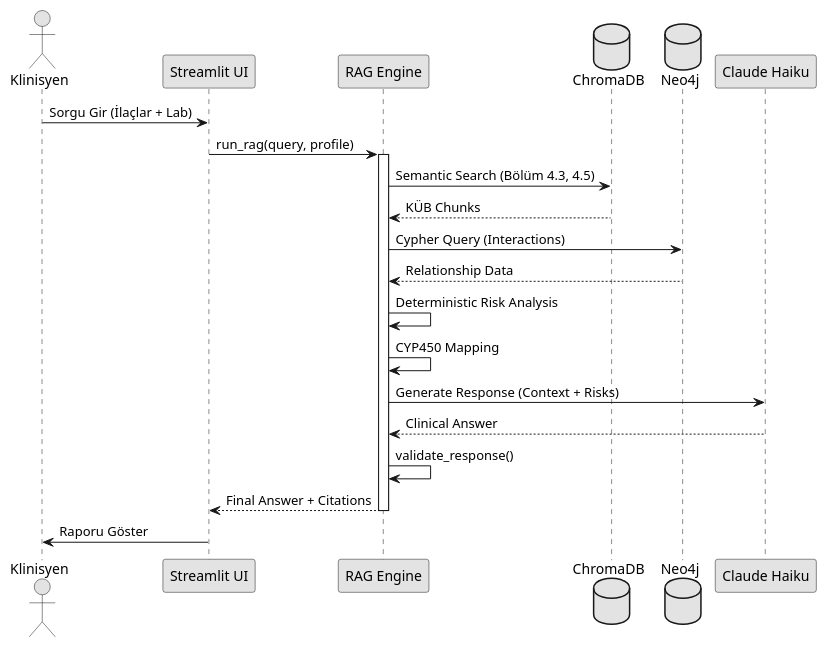
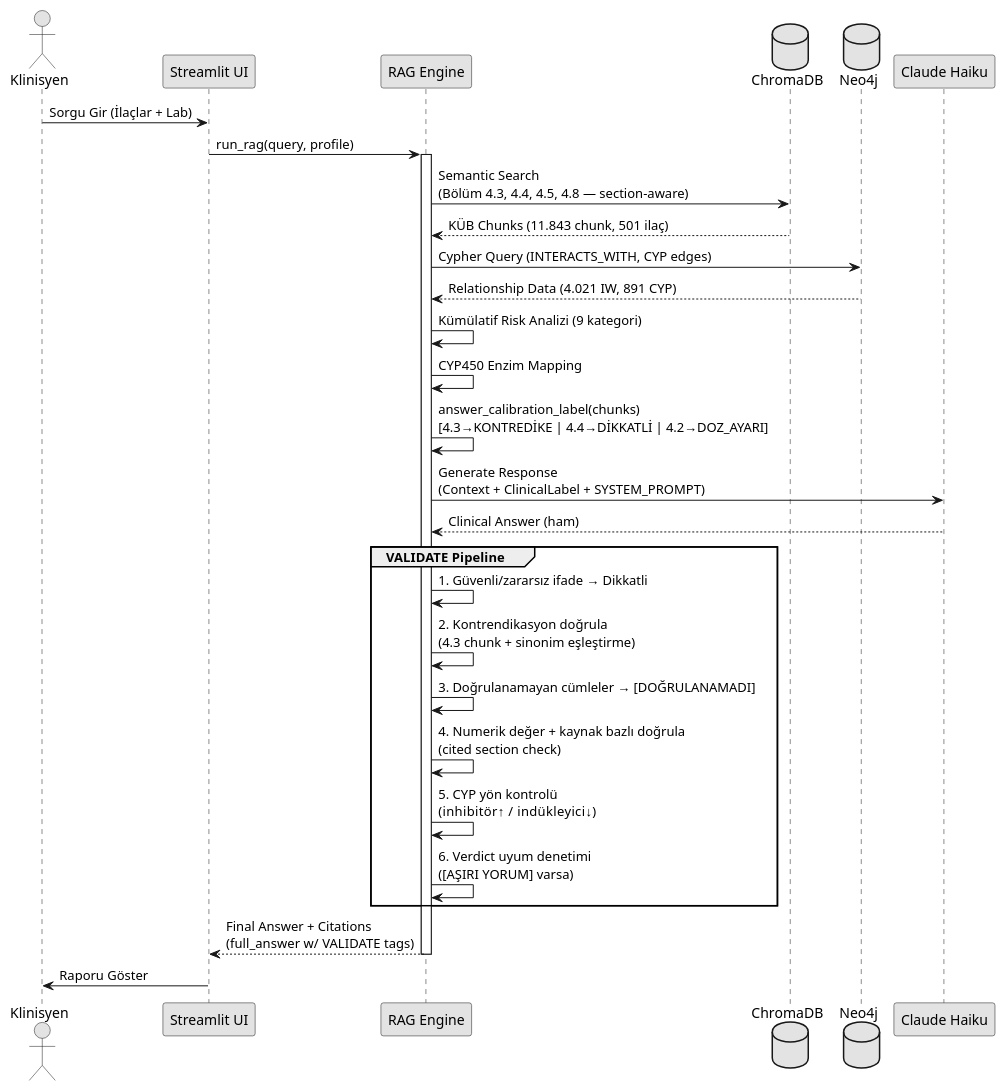
One commit to batinkesc/pharmassist changed the diagram in data/diagrams/sequence/sequence.puml. Above: the diagram before and after it, drawn with PlantUML. The commit also changed 116 other files, not shown here.

```diff
--- a/data/diagrams/sequence/sequence.puml
+++ b/data/diagrams/sequence/sequence.puml
@@ -1,32 +1,47 @@
 @startuml PharmAssist_Sequence
 skinparam monochrome true
 skinparam shadowing false
 actor Klinisyen as User
 participant "Streamlit UI" as UI
 participant "RAG Engine" as Engine
 database "ChromaDB" as Vector
 database "Neo4j" as Graph
 participant "Claude Haiku" as LLM
 
 User -> UI : Sorgu Gir (İlaçlar + Lab)
 UI -> Engine : run_rag(query, profile)
 
 activate Engine
-Engine -> Vector : Semantic Search (Bölüm 4.3, 4.5)
-Vector --> Engine : KÜB Chunks
 
-Engine -> Graph : Cypher Query (Interactions)
-Graph --> Engine : Relationship Data
+' --- Retrieval ---
+Engine -> Vector : Semantic Search\n(Bölüm 4.3, 4.4, 4.5, 4.8 — section-aware)
+Vector --> Engine : KÜB Chunks (11.843 chunk, 501 ilaç)
 
-Engine -> Engine : Deterministic Risk Analysis
-Engine -> Engine : CYP450 Mapping
+Engine -> Graph : Cypher Query (INTERACTS_WITH, CYP edges)
+Graph --> Engine : Relationship Data (4.021 IW, 891 CYP)
 
-Engine -> LLM : Generate Response (Context + Risks)
-LLM --> Engine : Clinical Answer
+Engine -> Engine : Kümülatif Risk Analizi (9 kategori)
+Engine -> Engine : CYP450 Enzim Mapping
 
-Engine -> Engine : validate_response()
-Engine --> UI : Final Answer + Citations
+' --- Pre-LLM: Answer Calibration ---
+Engine -> Engine : answer_calibration_label(chunks)\n[4.3→KONTREDİKE | 4.4→DİKKATLİ | 4.2→DOZ_AYARI]
+
+' --- LLM Call ---
+Engine -> LLM : Generate Response\n(Context + ClinicalLabel + SYSTEM_PROMPT)
+LLM --> Engine : Clinical Answer (ham)
+
+' --- Post-LLM: VALIDATE Pipeline (6 adım) ---
+group VALIDATE Pipeline
+  Engine -> Engine : 1. Güvenli/zararsız ifade → Dikkatli
+  Engine -> Engine : 2. Kontrendikasyon doğrula\n(4.3 chunk + sinonim eşleştirme)
+  Engine -> Engine : 3. Doğrulanamayan cümleler → [DOĞRULANAMADI]
+  Engine -> Engine : 4. Numerik değer + kaynak bazlı doğrula\n(cited section check)
+  Engine -> Engine : 5. CYP yön kontrolü\n(inhibitör↑ / indükleyici↓)
+  Engine -> Engine : 6. Verdict uyum denetimi\n([AŞIRI YORUM] varsa)
+end group
+
+Engine --> UI : Final Answer + Citations\n(full_answer w/ VALIDATE tags)
 deactivate Engine
 
 UI -> User : Raporu Göster
 @enduml
```
